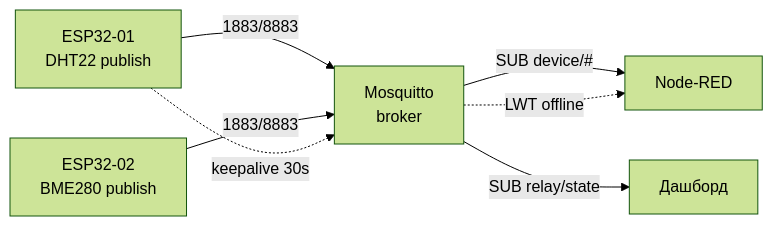
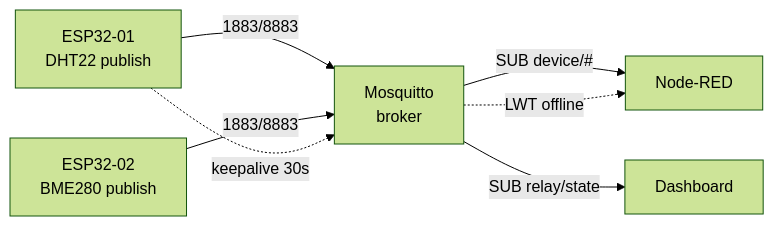
One commit to ksalab/embedded-reference changed the diagram in obsidian_vault/ESP32-Reference/EN/15-Protocols/01-MQTT.en.md. Above: the diagram before and after it, drawn with Mermaid (forest theme). The commit also changed other lines of this file and 76 other files, not shown here.

````diff
--- a/obsidian_vault/ESP32-Reference/EN/15-Protocols/01-MQTT.en.md
+++ b/obsidian_vault/ESP32-Reference/EN/15-Protocols/01-MQTT.en.md
@@ -74,9 +74,9 @@
 ```mermaid
 graph LR
     N1[ESP32-01<br/>DHT22 publish] -->|1883/8883| B[Mosquitto<br/>broker]
     N2[ESP32-02<br/>BME280 publish] -->|1883/8883| B
     B -->|SUB device/#| NR[Node-RED]
-    B -->|SUB relay/state| DASH[Дашборд]
+    B -->|SUB relay/state| DASH[Dashboard]
     B -.->|LWT offline| NR
     N1 -.->|keepalive 30s| B
 ```
````
